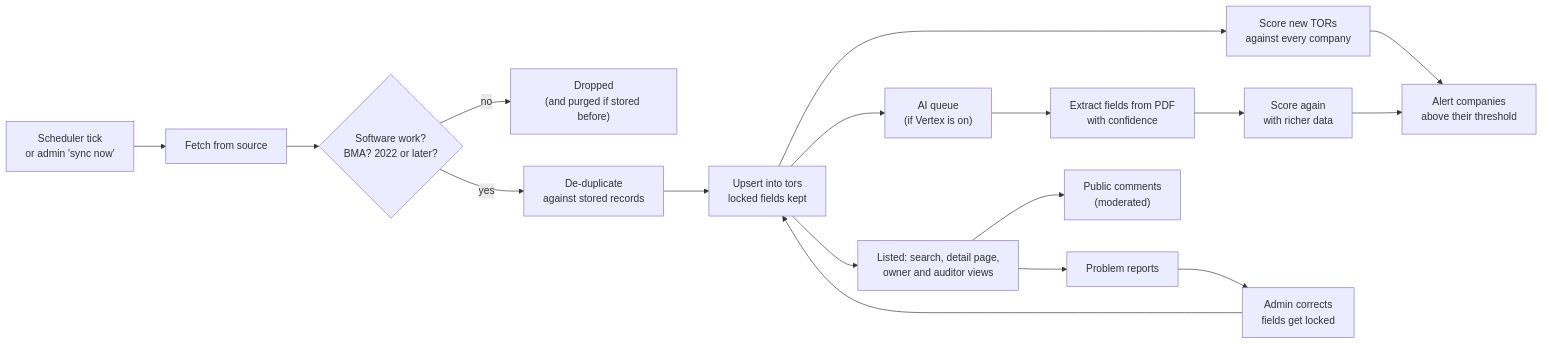
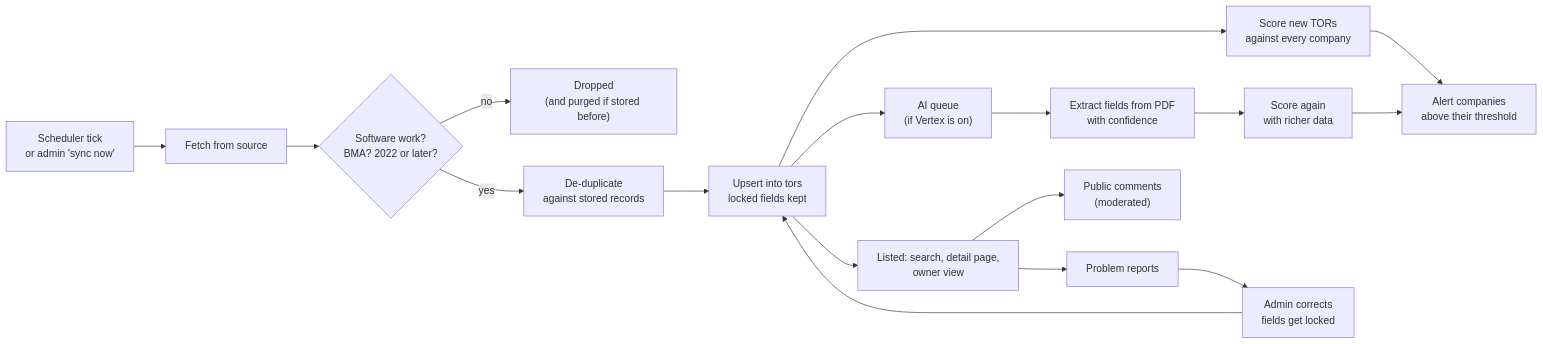
Before and after one commit to PhomMaiWai/TorFinder: the second of 2 diagrams in docs/architecture.md, drawn with Mermaid. The commit also changed other lines of this file and 55 other files, not shown here.

````diff
--- a/docs/architecture.md
+++ b/docs/architecture.md
@@ -119,17 +118,17 @@
 ```mermaid
 flowchart LR
     S["Scheduler tick<br/>or admin 'sync now'"] --> F["Fetch from source"]
     F --> W{"Software work?<br/>BMA? 2022 or later?"}
     W -- no --> X["Dropped<br/>(and purged if stored before)"]
     W -- yes --> D["De-duplicate<br/>against stored records"]
     D --> U["Upsert into tors<br/>locked fields kept"]
     U --> M1["Score new TORs<br/>against every company"]
     U --> Q["AI queue<br/>(if Vertex is on)"]
     Q --> E["Extract fields from PDF<br/>with confidence"]
     E --> M2["Score again<br/>with richer data"]
     M1 & M2 --> A["Alert companies<br/>above their threshold"]
-    U --> V["Listed: search, detail page,<br/>owner and auditor views"]
+    U --> V["Listed: search, detail page,<br/>owner view"]
     V --> C["Public comments<br/>(moderated)"]
     V --> R["Problem reports"] --> K["Admin corrects<br/>fields get locked"]
     K --> U
 ```
````
